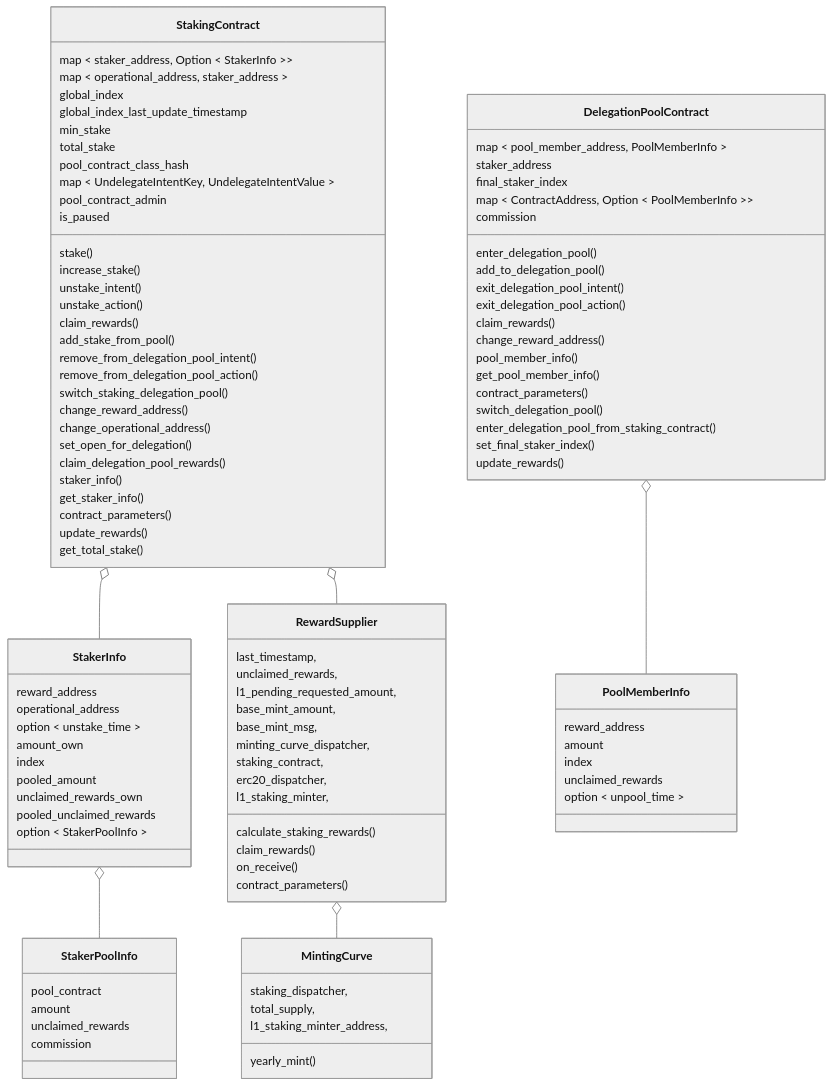
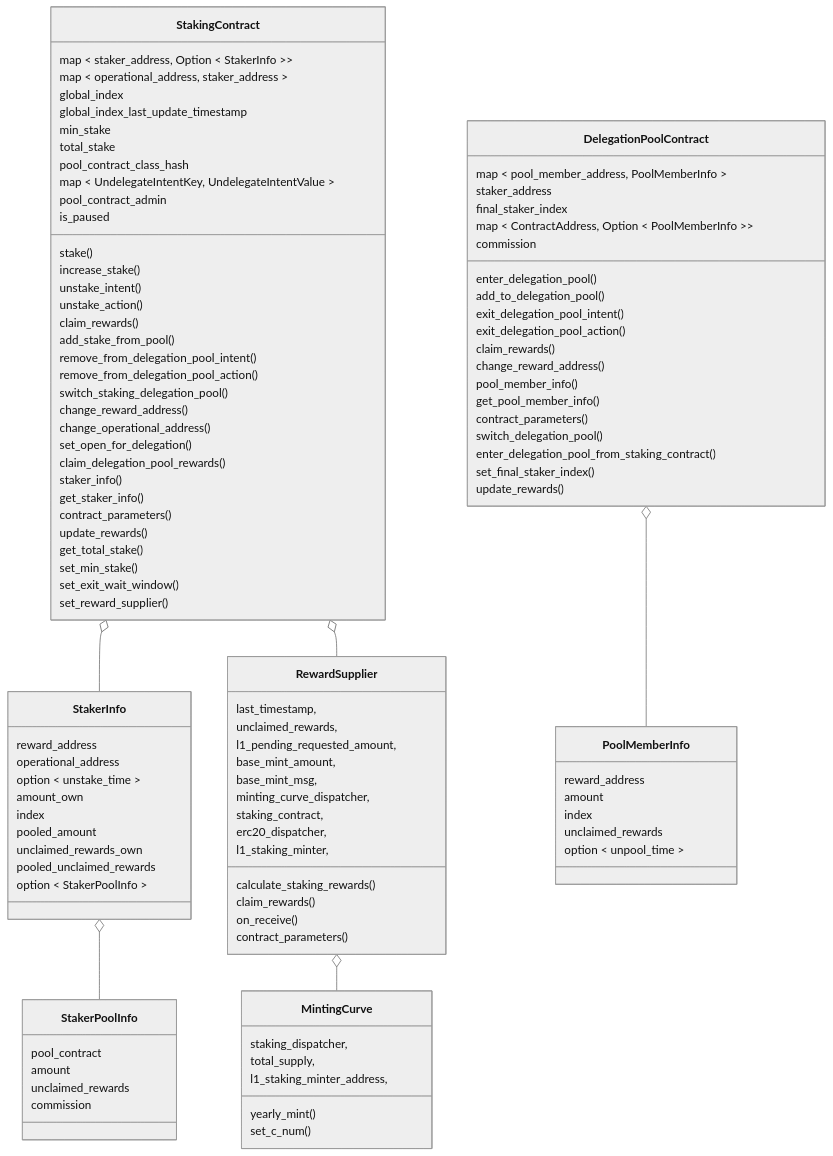
The first of 8 diagrams in workspace/apps/staking/docs/spec.md (starkware-libs/starknet-staking), drawn with Mermaid (neutral theme) before and after one commit. The commit also changed other lines of this file, not shown here.

Commit message:
feat(staking): set functions in spec (#2174)

```diff
--- a/workspace/apps/staking/docs/spec.md
+++ b/workspace/apps/staking/docs/spec.md
@@ -176,7 +185,9 @@
     contract_parameters()
     update_rewards()
     get_total_stake()
-
+    set_min_stake()
+    set_exit_wait_window()
+    set_reward_supplier()
   }
   class DelegationPoolContract{
     map < pool_member_address, PoolMemberInfo >
@@ -242,6 +253,7 @@
     total_supply,
     l1_staking_minter_address,
     yearly_mint()
+    set_c_num()
   }
   StakingContract o-- StakerInfo
   StakerInfo o-- StakerPoolInfo
```
